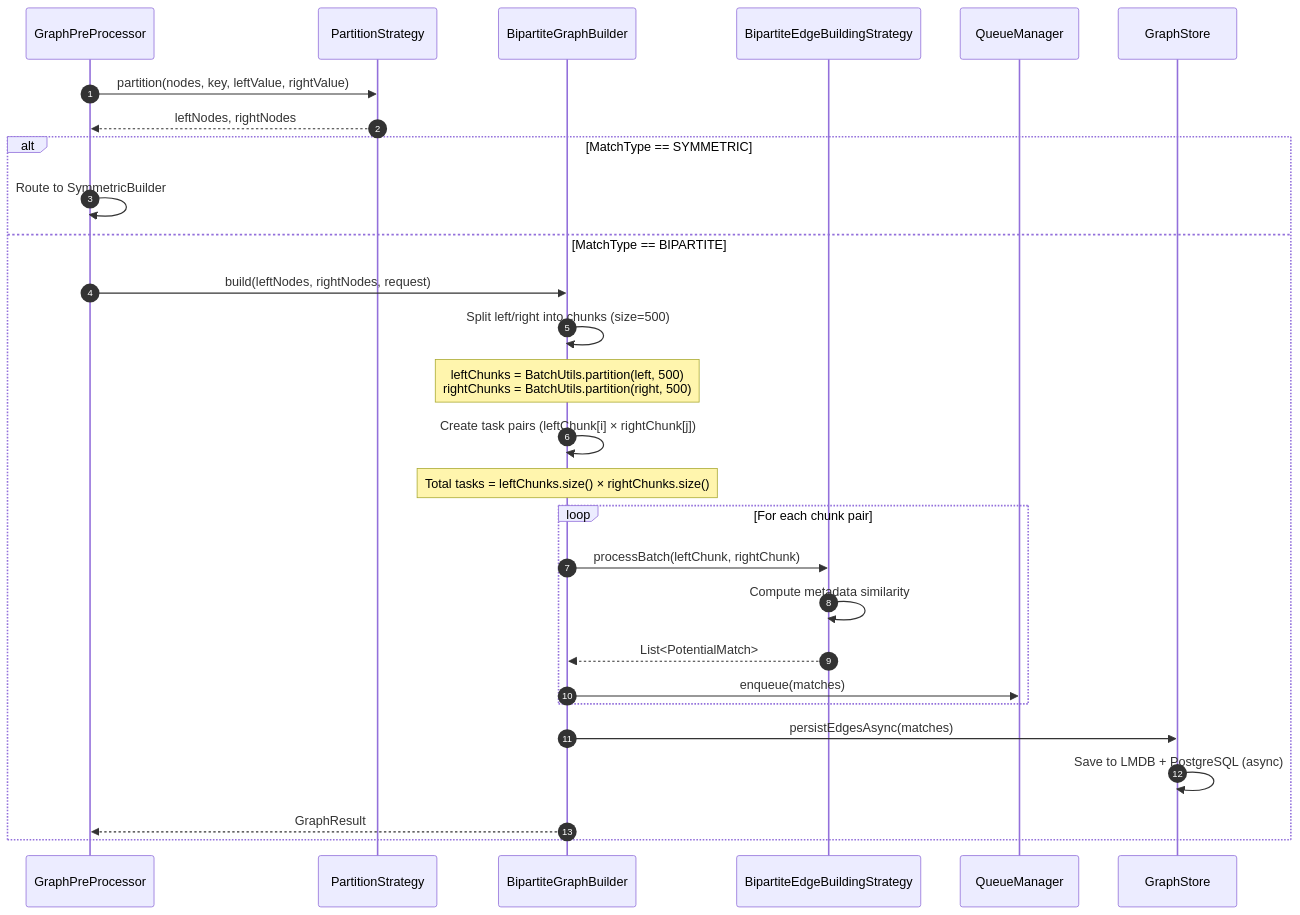
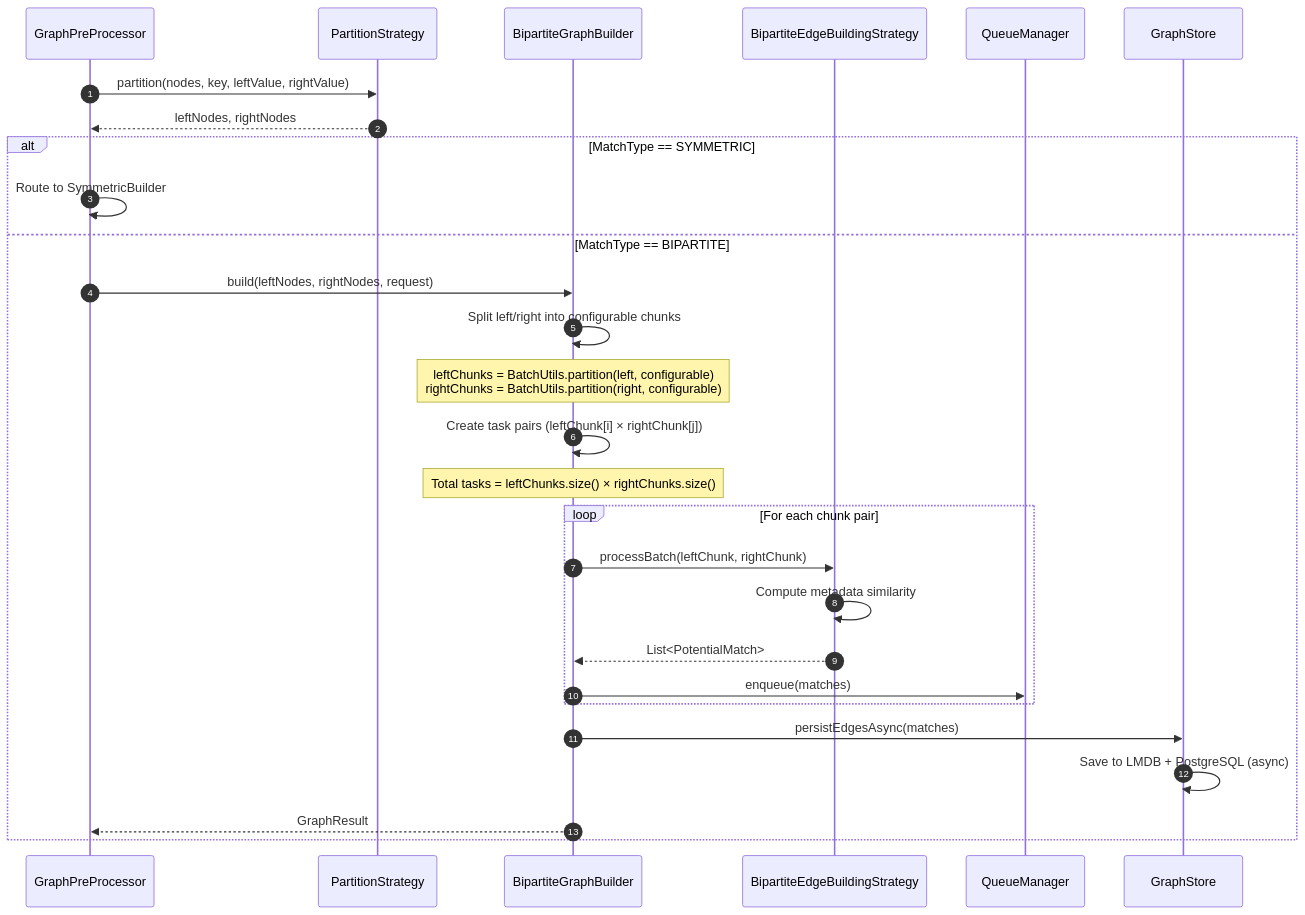
One commit to kagit00/schedule_x changed diagram 15 of 25 in docs/Low Level Designs/ScheduledPotentialMatchesCreation.md. Above: the diagram before and after it, drawn with Mermaid. The commit also changed other lines of this file and 7 other files, not shown here.

````diff
--- a/docs/Low Level Designs/ScheduledPotentialMatchesCreation.md
+++ b/docs/Low Level Designs/ScheduledPotentialMatchesCreation.md
@@ -966,36 +662,31 @@
 ```mermaid
 sequenceDiagram
     autonumber
     participant PreProc as GraphPreProcessor
     participant PartStrat as PartitionStrategy
     participant Builder as BipartiteGraphBuilder
     participant EdgeStrat as BipartiteEdgeBuildingStrategy
     participant Queue as QueueManager
     participant Store as GraphStore
-
     PreProc->>PartStrat: partition(nodes, key, leftValue, rightValue)
     PartStrat-->>PreProc: leftNodes, rightNodes
-
     alt MatchType == SYMMETRIC
         PreProc->>PreProc: Route to SymmetricBuilder
     else MatchType == BIPARTITE
         PreProc->>Builder: build(leftNodes, rightNodes, request)
-        
-        Builder->>Builder: Split left/right into chunks (size=500)
-        Note over Builder: leftChunks = BatchUtils.partition(left, 500)<br/>rightChunks = BatchUtils.partition(right, 500)
-
+       
+        Builder->>Builder: Split left/right into configurable chunks
+        Note over Builder: leftChunks = BatchUtils.partition(left, configurable)<br/>rightChunks = BatchUtils.partition(right, configurable)
         Builder->>Builder: Create task pairs (leftChunk[i] × rightChunk[j])
         Note over Builder: Total tasks = leftChunks.size() × rightChunks.size()
-
         loop For each chunk pair
             Builder->>EdgeStrat: processBatch(leftChunk, rightChunk)
             EdgeStrat->>EdgeStrat: Compute metadata similarity
             EdgeStrat-->>Builder: List<PotentialMatch>
             Builder->>Queue: enqueue(matches)
         end
-
         Builder->>Store: persistEdgesAsync(matches)
         Store->>Store: Save to LMDB + PostgreSQL (async)
         Builder-->>PreProc: GraphResult
     end
 ```
````
